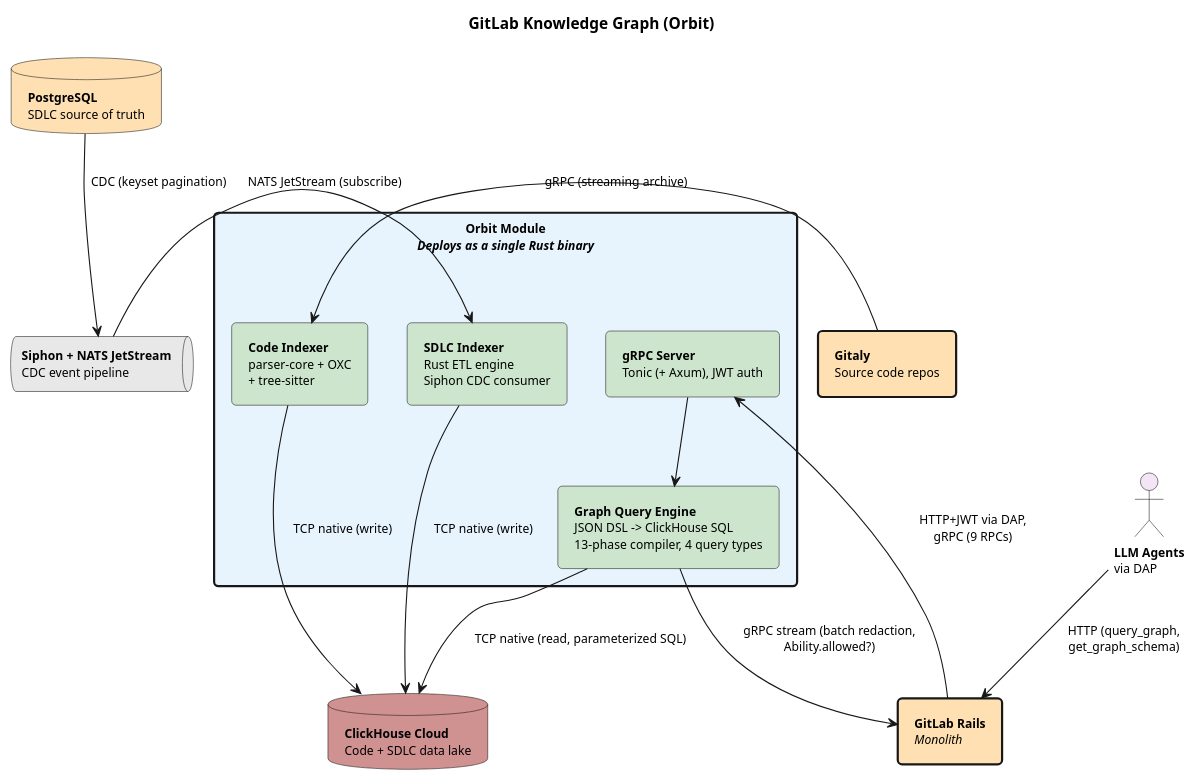
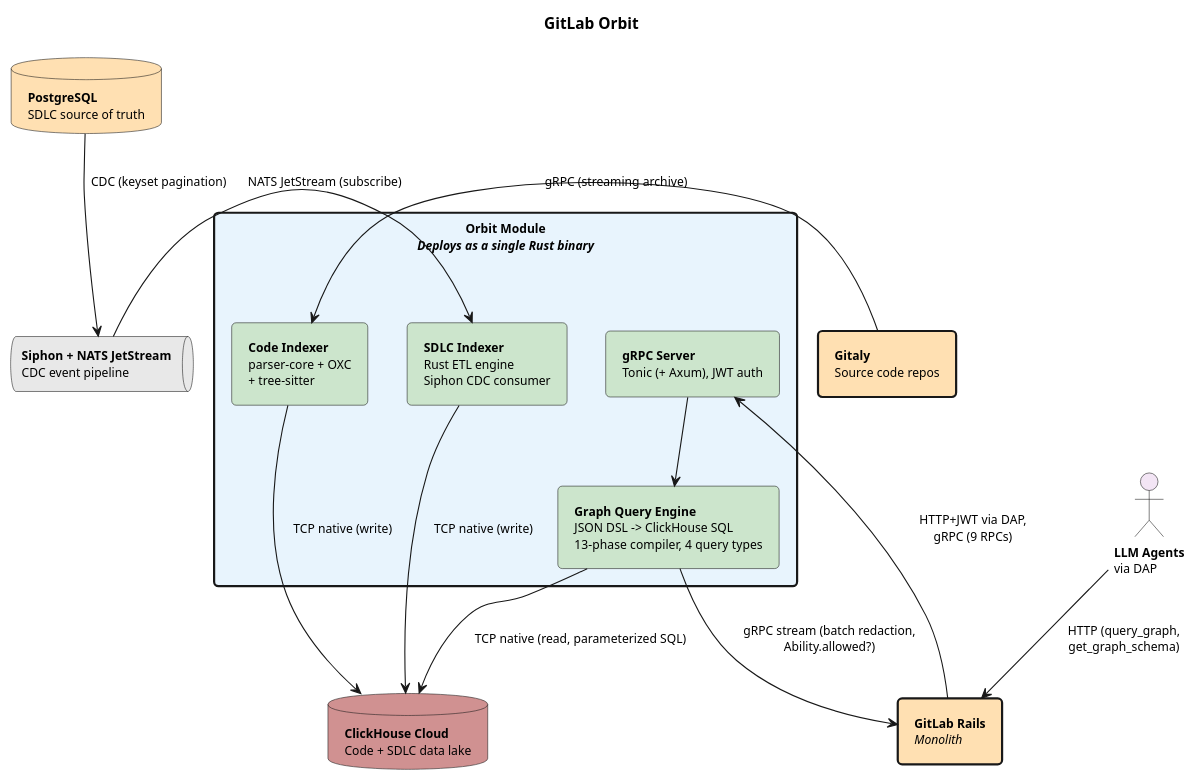
One commit to gitlabhq/orbit-knowledge-graph changed the diagram in docs/design_review/puml/orbit_architecture_simplified.puml. Above: the diagram before and after it, drawn with PlantUML. The commit also changed 94 other files, not shown here.

Commit message:
docs(orbit): say Orbit instead of Knowledge Graph across prose

```diff
--- a/docs/design_review/puml/orbit_architecture_simplified.puml
+++ b/docs/design_review/puml/orbit_architecture_simplified.puml
@@ -1,72 +1,72 @@
 @startuml orbit_simplified
 skinparam backgroundColor #FFFFFF
 skinparam defaultFontSize 11
 skinparam padding 5
 skinparam roundCorner 8
 skinparam shadowing false
 skinparam rectangleBorderThickness 2
 skinparam componentStyle rectangle
 
-title GitLab Knowledge Graph (Orbit)
+title GitLab Orbit
 
 ' ===================================================================
 ' MODULE BOUNDARY - everything inside deploys together
 ' ===================================================================
 rectangle "**Orbit Module**\n//Deploys as a single Rust binary//" as module #E8F4FD {
 
   component "**SDLC Indexer**\nRust ETL engine\nSiphon CDC consumer" as sdlc_idx #CCE5CC
 
   component "**Code Indexer**\nparser-core + OXC\n+ tree-sitter" as code_idx #CCE5CC
 
   component "**Graph Query Engine**\nJSON DSL -> ClickHouse SQL\n13-phase compiler, 4 query types" as query_eng #CCE5CC
 
   component "**gRPC Server**\nTonic (+ Axum), JWT auth" as http_srv #CCE5CC
 
  
 }
 
 ' ===================================================================
 ' SYSTEMS OUTSIDE THE MODULE
 ' ===================================================================
 actor "**LLM Agents**\nvia DAP" as agents #F3E5F5
 
 database "**PostgreSQL**\nSDLC source of truth" as pg #FFE0B2
 
 queue "**Siphon + NATS JetStream**\nCDC event pipeline" as nats #E8E8E8
 
 rectangle "**GitLab Rails**\n//Monolith//" as rails #FFE0B2
 
 database "**ClickHouse Cloud**\nCode + SDLC data lake" as ch #d09191
 
 
 
 rectangle "**Gitaly**\nSource code repos" as gitaly #FFE0B2
 
 
 
 ' ===================================================================
 ' CONNECTIONS - labeled with protocol and direction
 ' ===================================================================
 
 ' Ingestion (into module)
 pg --> nats : CDC (keyset pagination)
 nats -right-> sdlc_idx : NATS JetStream (subscribe)
 gitaly -right-> code_idx : gRPC (streaming archive)
 
 ' Data layer (module <-> external)
 sdlc_idx --> ch : TCP native (write)
 code_idx --> ch : TCP native (write)
 query_eng --> ch : TCP native (read, parameterized SQL)
 
 ' Rails integration (bidirectional)
 rails --> http_srv : HTTP+JWT via DAP,\ngRPC (9 RPCs)
 query_eng --> rails : gRPC stream (batch redaction,\nAbility.allowed?)
 
 ' Internal routing
 http_srv --> query_eng
 
 ' Consumer -> monolith -> module
 agents --> rails : HTTP (query_graph,\nget_graph_schema)
 
 
 @enduml
```
